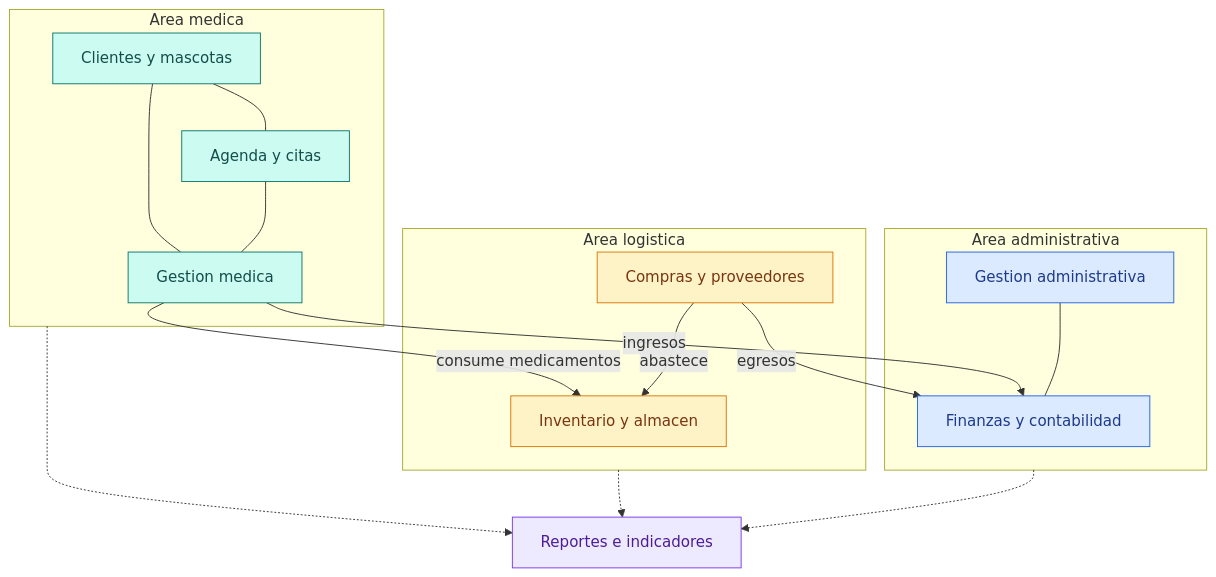
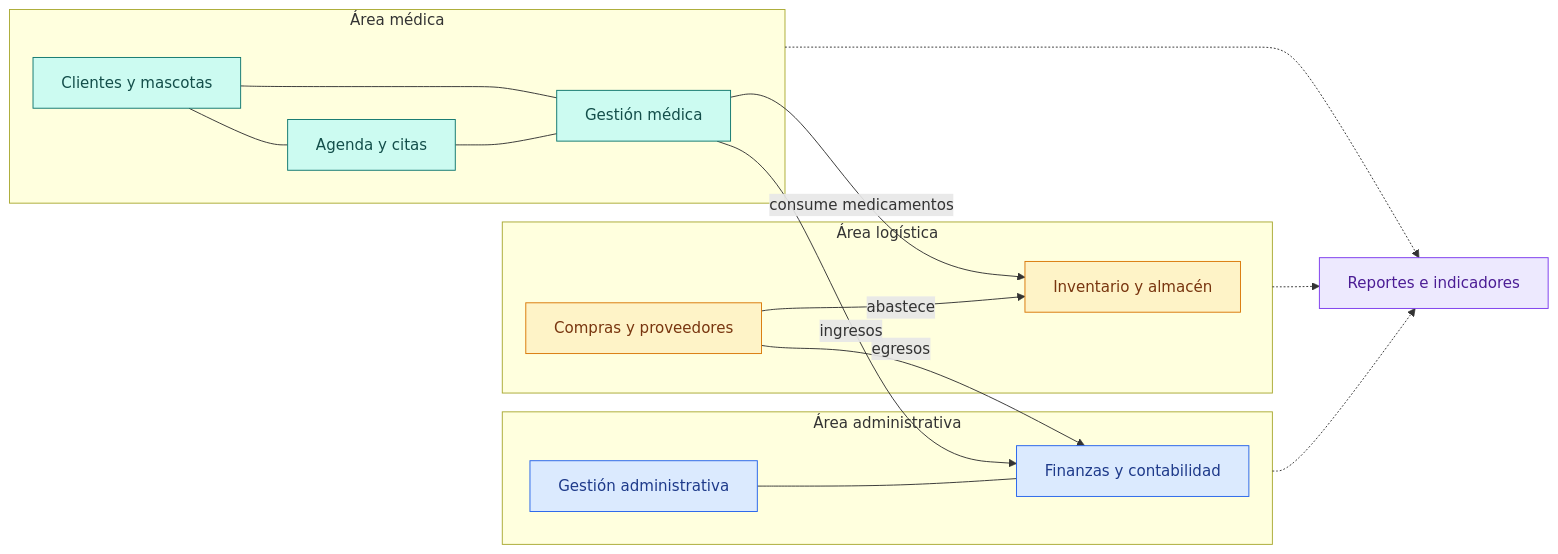
Before and after one commit to elarielillo/erp-academico: the diagram in README.md, drawn with Mermaid.

Commit message:
Corregir tildes en el diagrama

````diff
--- a/README.md
+++ b/README.md
@@ -53,38 +53,38 @@
 ```mermaid
-flowchart TB
-    subgraph Medica["Area medica"]
-        C[Clientes y mascotas]
-        M[Gestion medica]
-        A[Agenda y citas]
+flowchart LR
+    subgraph Medica["Área médica"]
+        C["Clientes y mascotas"]
+        M["Gestión médica"]
+        A["Agenda y citas"]
     end
-    subgraph Logistica["Area logistica"]
-        I[Inventario y almacen]
-        P[Compras y proveedores]
+    subgraph Logistica["Área logística"]
+        I["Inventario y almacén"]
+        P["Compras y proveedores"]
     end
-    subgraph Administrativa["Area administrativa"]
-        F[Finanzas y contabilidad]
-        G[Gestion administrativa]
+    subgraph Administrativa["Área administrativa"]
+        F["Finanzas y contabilidad"]
+        G["Gestión administrativa"]
     end
-    R[Reportes e indicadores]
+    R["Reportes e indicadores"]
 
     C --- M
     C --- A
     A --- M
     M -->|consume medicamentos| I
     P -->|abastece| I
     P -->|egresos| F
     M -->|ingresos| F
     G --- F
     Medica -.-> R
     Logistica -.-> R
     Administrativa -.-> R
 
     classDef med fill:#ccfbf1,stroke:#0f766e,color:#134e4a;
     classDef log fill:#fef3c7,stroke:#d97706,color:#78350f;
     classDef adm fill:#dbeafe,stroke:#2563eb,color:#1e3a8a;
     classDef rep fill:#ede9fe,stroke:#7c3aed,color:#4c1d95;
     class C,M,A med;
     class I,P log;
     class F,G adm;
     class R rep;
 ```
````
